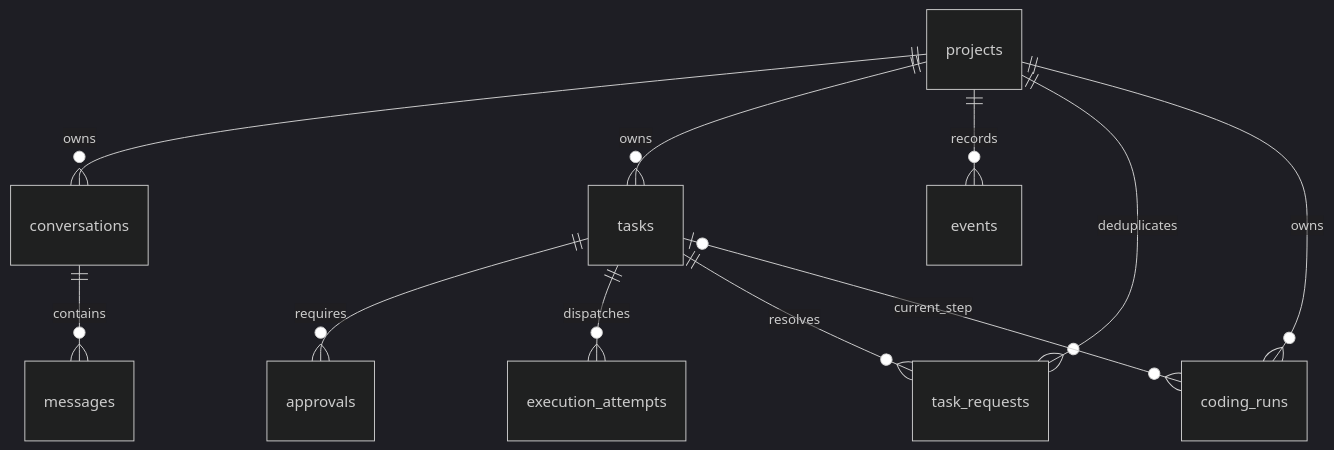
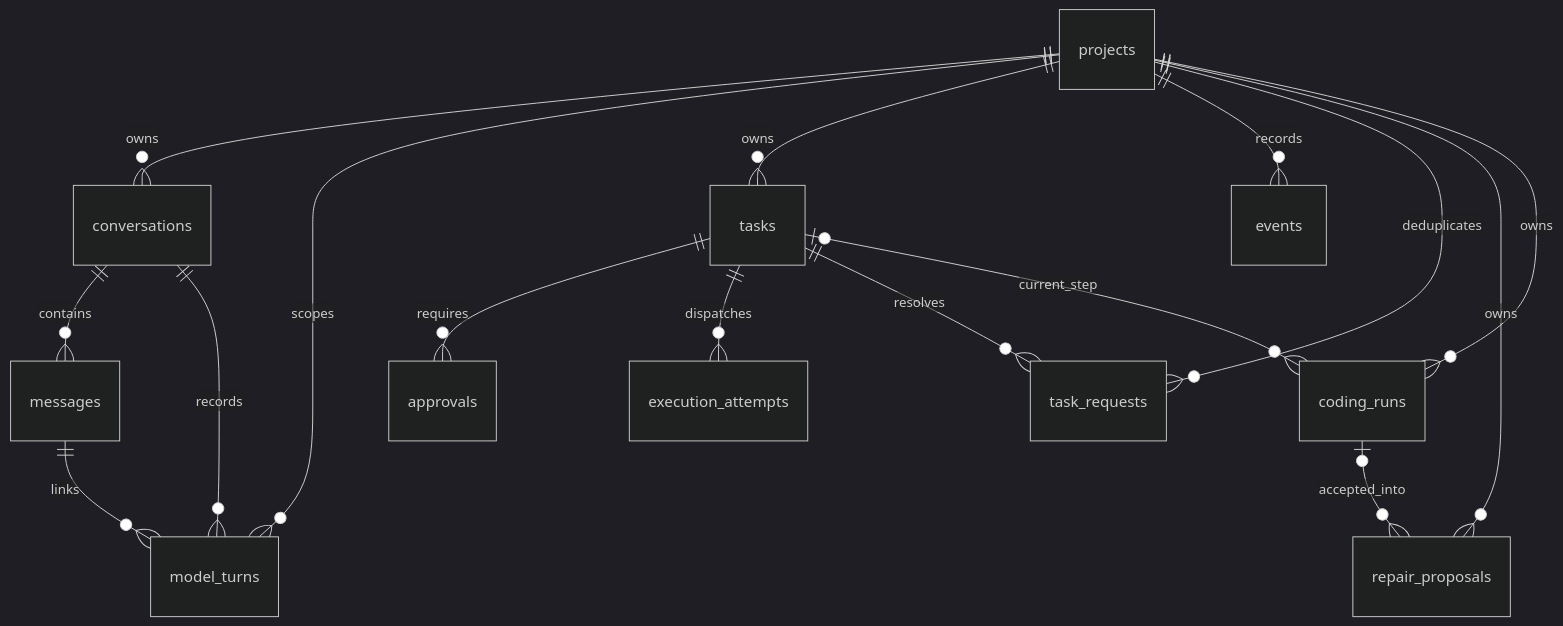
The second of 2 diagrams in docs/ARCHITECTURE.md (SkyraTech/skyra-jarvis), drawn with Mermaid (dark theme) before and after one commit. The commit also changed other lines of this file and 96 other files, not shown here.

````diff
--- a/docs/ARCHITECTURE.md
+++ b/docs/ARCHITECTURE.md
@@ -48,13 +48,18 @@
 ```mermaid
 erDiagram
   projects ||--o{ conversations : owns
   conversations ||--o{ messages : contains
+  conversations ||--o{ model_turns : records
+  projects ||--o{ model_turns : scopes
+  messages ||--o{ model_turns : links
   projects ||--o{ tasks : owns
   tasks ||--o{ approvals : requires
   tasks ||--o{ execution_attempts : dispatches
   projects ||--o{ events : records
   projects ||--o{ task_requests : deduplicates
   tasks ||--o{ task_requests : resolves
+  projects ||--o{ repair_proposals : owns
+  coding_runs |o--o{ repair_proposals : accepted_into
   projects ||--o{ coding_runs : owns
   tasks |o--o{ coding_runs : current_step
 ```
````
